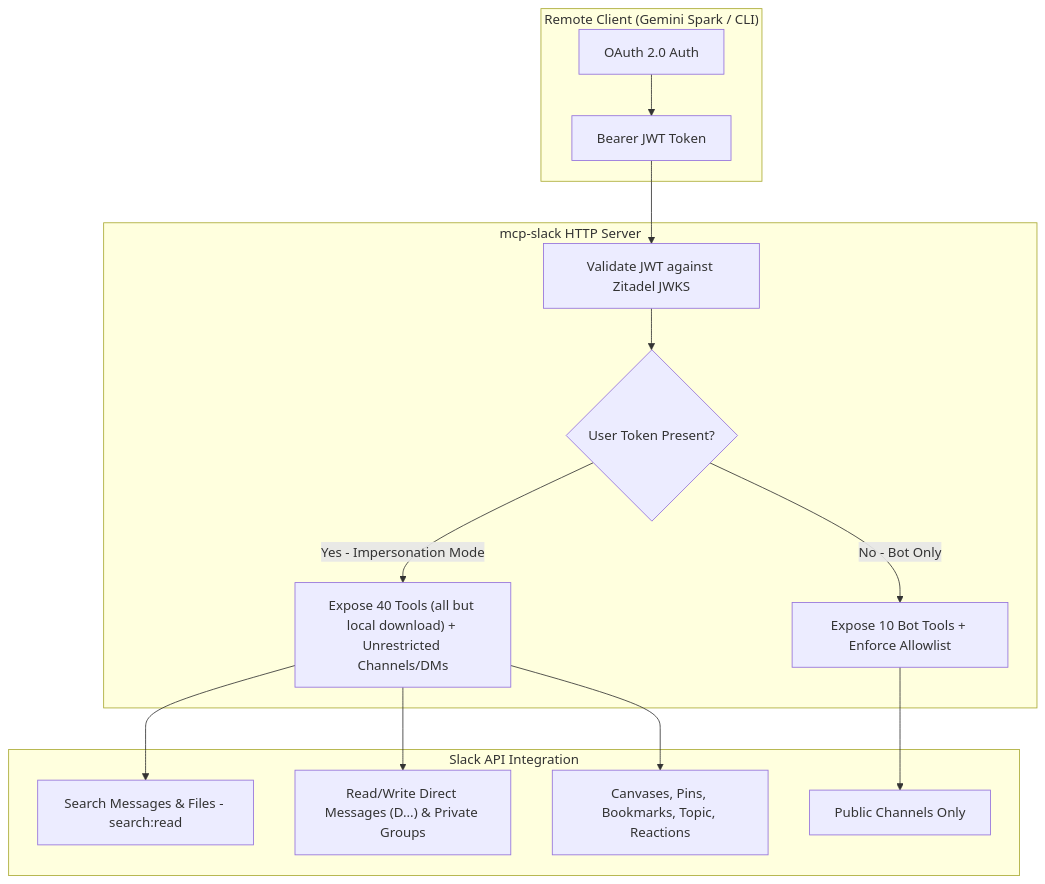
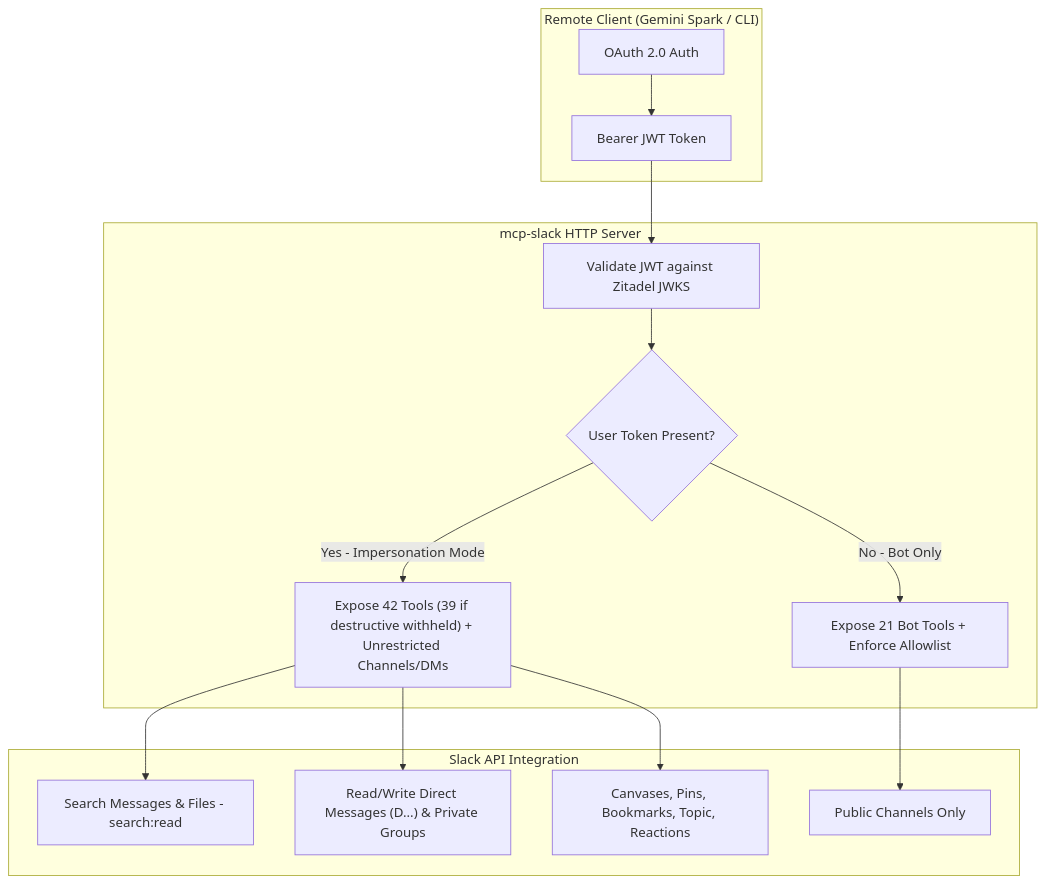
The first of 3 diagrams in apps/mcp/slack/README.md (VitruvianSoftware/vitruvian-core), drawn with Mermaid before and after one commit. The commit also changed other lines of this file and 13 other files, not shown here.

````diff
--- a/apps/mcp/slack/README.md
+++ b/apps/mcp/slack/README.md
@@ -18,20 +18,20 @@
 ```mermaid
 flowchart TD
     subgraph Client["Remote Client (Gemini Spark / CLI)"]
         A["OAuth 2.0 Auth"] --> B["Bearer JWT Token"]
     end
 
     subgraph Service["mcp-slack HTTP Server"]
         B --> C["Validate JWT against Zitadel JWKS"]
         C --> D{"User Token Present?"}
-        D -->|Yes - Impersonation Mode| E["Expose 40 Tools (all but local download) + Unrestricted Channels/DMs"]
-        D -->|No - Bot Only| F["Expose 10 Bot Tools + Enforce Allowlist"]
+        D -->|Yes - Impersonation Mode| E["Expose 42 Tools (39 if destructive withheld) + Unrestricted Channels/DMs"]
+        D -->|No - Bot Only| F["Expose 21 Bot Tools + Enforce Allowlist"]
     end
 
     subgraph Slack["Slack API Integration"]
         E --> G["Search Messages & Files - search:read"]
         E --> H["Read/Write Direct Messages (D...) & Private Groups"]
         E --> I["Canvases, Pins, Bookmarks, Topic, Reactions"]
         F --> J["Public Channels Only"]
     end
 ```
````
